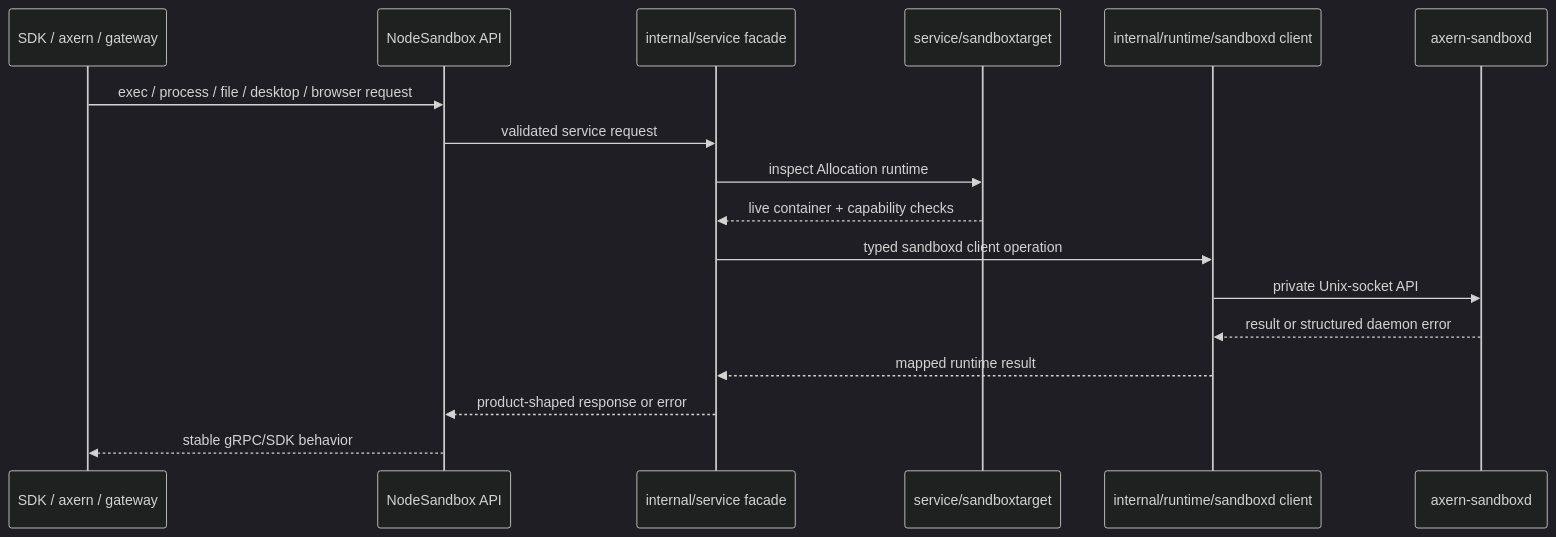
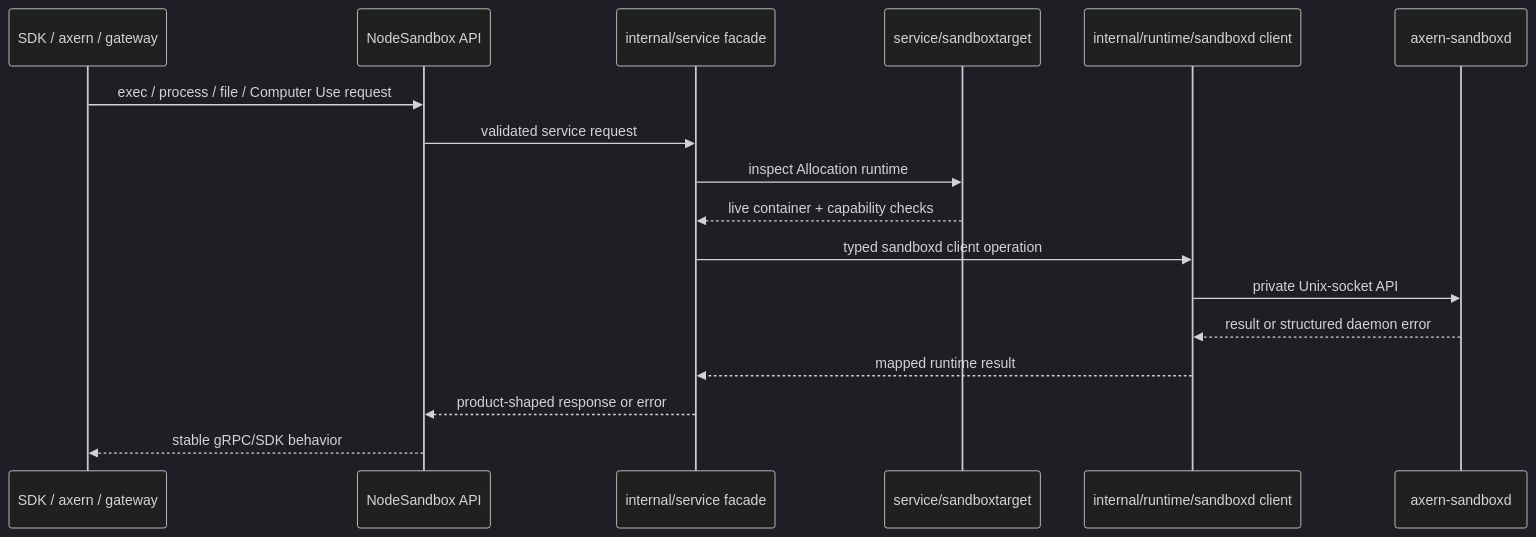
The third of 3 diagrams in runtime/axnoded/docs/architecture.md (cofy-x/axern), drawn with Mermaid (dark theme) before and after one commit. The commit also changed 241 other files, not shown here.

````diff
--- a/runtime/axnoded/docs/architecture.md
+++ b/runtime/axnoded/docs/architecture.md
@@ -135,20 +135,20 @@
 ```mermaid
 sequenceDiagram
     participant Client as SDK / axern / gateway
     participant API as NodeSandbox API
     participant Service as internal/service facade
     participant Target as service/sandboxtarget
     participant Runtime as internal/runtime/sandboxd client
     participant Daemon as axern-sandboxd
 
-    Client->>API: exec / process / file / desktop / browser request
+    Client->>API: exec / process / file / Computer Use request
     API->>Service: validated service request
     Service->>Target: inspect Allocation runtime
     Target-->>Service: live container + capability checks
     Service->>Runtime: typed sandboxd client operation
     Runtime->>Daemon: private Unix-socket API
     Daemon-->>Runtime: result or structured daemon error
     Runtime-->>Service: mapped runtime result
     Service-->>API: product-shaped response or error
     API-->>Client: stable gRPC/SDK behavior
 ```
````
